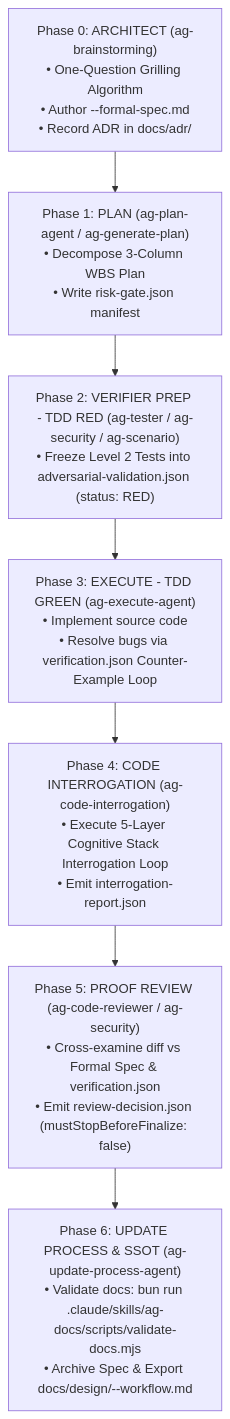
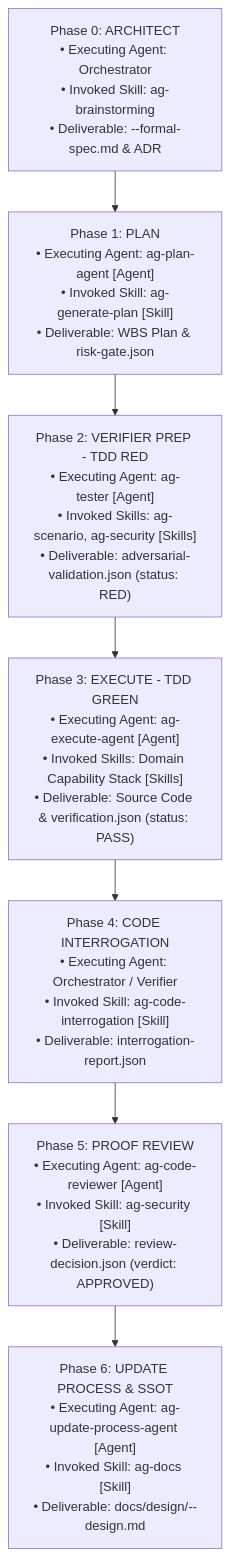
The diagram in process/development-protocols/references/architect-verifier-master-workflow-guide.md (ngxccc/agent-skills-kit), drawn with Mermaid before and after one commit. The commit also changed other lines of this file and 5 other files, not shown here.

First line of the commit message:
feat(ag-code-interrogation): upgrade interrogation protocol and master workflow guide

````diff
--- a/process/development-protocols/references/architect-verifier-master-workflow-guide.md
+++ b/process/development-protocols/references/architect-verifier-master-workflow-guide.md
@@ -34,9 +53,9 @@
 ```mermaid
 flowchart TD
-    Phase0["Phase 0: ARCHITECT (ag-brainstorming)\n• One-Question Grilling Algorithm\n• Author <feature-slug>-<topic-slug>-formal-spec.md\n• Record ADR in docs/adr/"] --> Phase1["Phase 1: PLAN (ag-plan-agent / ag-generate-plan)\n• Decompose 3-Column WBS Plan\n• Write risk-gate.json manifest"]
-    Phase1 --> Phase2["Phase 2: VERIFIER PREP - TDD RED (ag-tester / ag-security / ag-scenario)\n• Freeze Level 2 Tests into adversarial-validation.json (status: RED)"]
-    Phase2 --> Phase3["Phase 3: EXECUTE - TDD GREEN (ag-execute-agent)\n• Implement source code\n• Resolve bugs via verification.json Counter-Example Loop"]
-    Phase3 --> Phase4["Phase 4: CODE INTERROGATION (ag-code-interrogation)\n• Execute 5-Layer Cognitive Stack Interrogation Loop\n• Emit interrogation-report.json"]
-    Phase4 --> Phase5["Phase 5: PROOF REVIEW (ag-code-reviewer / ag-security)\n• Cross-examine diff vs Formal Spec & verification.json\n• Emit review-decision.json (mustStopBeforeFinalize: false)"]
-    Phase5 --> Phase6["Phase 6: UPDATE PROCESS & SSOT (ag-update-process-agent)\n• Validate docs: bun run .claude/skills/ag-docs/scripts/validate-docs.mjs\n• Archive Spec & Export docs/design/<feature-slug>-<topic-slug>-workflow.md"]
+    Phase0["Phase 0: ARCHITECT\n• Executing Agent: Orchestrator\n• Invoked Skill: ag-brainstorming\n• Deliverable: <feature-slug>-<topic-slug>-formal-spec.md & ADR"] --> Phase1["Phase 1: PLAN\n• Executing Agent: ag-plan-agent [Agent]\n• Invoked Skill: ag-generate-plan [Skill]\n• Deliverable: WBS Plan & risk-gate.json"]
+    Phase1 --> Phase2["Phase 2: VERIFIER PREP - TDD RED\n• Executing Agent: ag-tester [Agent]\n• Invoked Skills: ag-scenario, ag-security [Skills]\n• Deliverable: adversarial-validation.json (status: RED)"]
+    Phase2 --> Phase3["Phase 3: EXECUTE - TDD GREEN\n• Executing Agent: ag-execute-agent [Agent]\n• Invoked Skills: Domain Capability Stack [Skills]\n• Deliverable: Source Code & verification.json (status: PASS)"]
+    Phase3 --> Phase4["Phase 4: CODE INTERROGATION\n• Executing Agent: Orchestrator / Verifier\n• Invoked Skill: ag-code-interrogation [Skill]\n• Deliverable: interrogation-report.json"]
+    Phase4 --> Phase5["Phase 5: PROOF REVIEW\n• Executing Agent: ag-code-reviewer [Agent]\n• Invoked Skill: ag-security [Skill]\n• Deliverable: review-decision.json (verdict: APPROVED)"]
+    Phase5 --> Phase6["Phase 6: UPDATE PROCESS & SSOT\n• Executing Agent: ag-update-process-agent [Agent]\n• Invoked Skill: ag-docs [Skill]\n• Deliverable: docs/design/<feature-slug>-<topic-slug>-design.md"]
 ```
````
